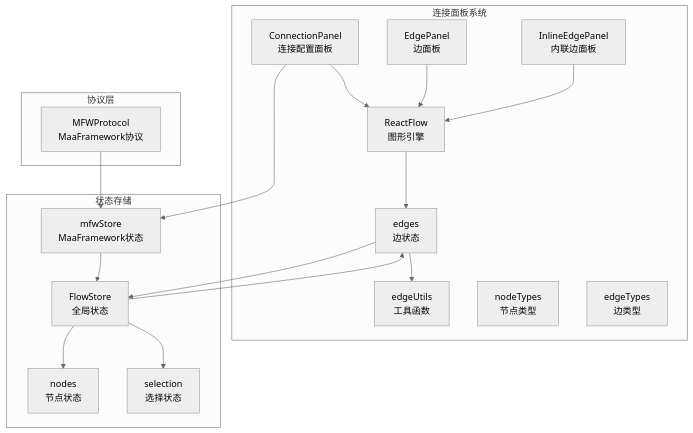
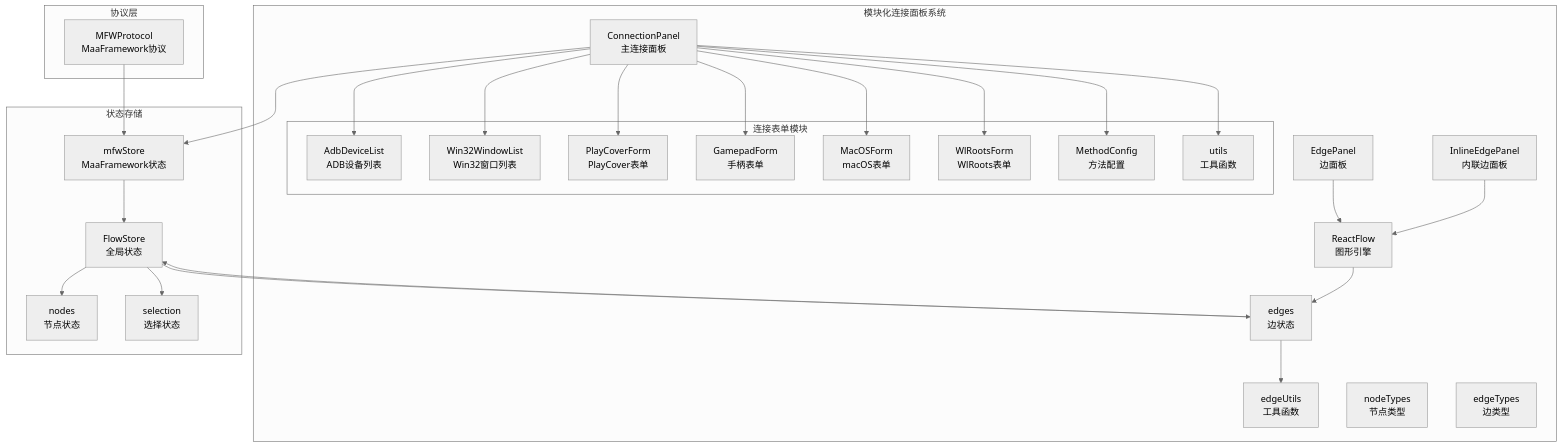
The first of 10 diagrams in .qoder/repowiki/zh/content/用户界面/面板系统/连接面板.md (kqcoxn/MaaPipelineEditor), drawn with Mermaid (neutral theme) before and after one commit. The commit also changed other lines of this file and 6 other files, not shown here.

````diff
--- a/.qoder/repowiki/zh/content/用户界面/面板系统/连接面板.md
+++ b/.qoder/repowiki/zh/content/用户界面/面板系统/连接面板.md
@@ -49,35 +59,52 @@
 ```mermaid
 graph TB
-subgraph "连接面板系统"
-CP[ConnectionPanel<br/>连接配置面板]
+subgraph "模块化连接面板系统"
+CP[ConnectionPanel<br/>主连接面板]
+subgraph "连接表单模块"
+AF[AdbDeviceList<br/>ADB设备列表]
+WF[Win32WindowList<br/>Win32窗口列表]
+PCF[PlayCoverForm<br/>PlayCover表单]
+GF[GamepadForm<br/>手柄表单]
+WR[MacOSForm<br/>macOS表单]
+WL[WlRootsForm<br/>WlRoots表单]
+MC[MethodConfig<br/>方法配置]
+UT[utils<br/>工具函数]
+end
 EP[EdgePanel<br/>边面板]
 IEP[InlineEdgePanel<br/>内联边面板]
 RF[ReactFlow<br/>图形引擎]
 ES[EdgeSlice<br/>状态管理]
 EU[edgeUtils<br/>工具函数]
 NT[nodeTypes<br/>节点类型]
 ET[edgeTypes<br/>边类型]
 end
 subgraph "状态存储"
 FS[FlowStore<br/>全局状态]
 NS[nodes<br/>节点状态]
 ES[edges<br/>边状态]
 SS[selection<br/>选择状态]
 MFW[mfwStore<br/>MaaFramework状态]
 end
 subgraph "协议层"
 MFWP[MFWProtocol<br/>MaaFramework协议]
 end
-CP --> RF
+CP --> AF
+CP --> WF
+CP --> PCF
+CP --> GF
+CP --> WR
+CP --> WL
+CP --> MC
+CP --> UT
 EP --> RF
 IEP --> RF
 RF --> ES
 ES --> EU
 ES --> FS
 FS --> NS
 FS --> ES
 FS --> SS
 CP --> MFW
 MFWP --> MFW
 MFW --> FS
 ```
````
